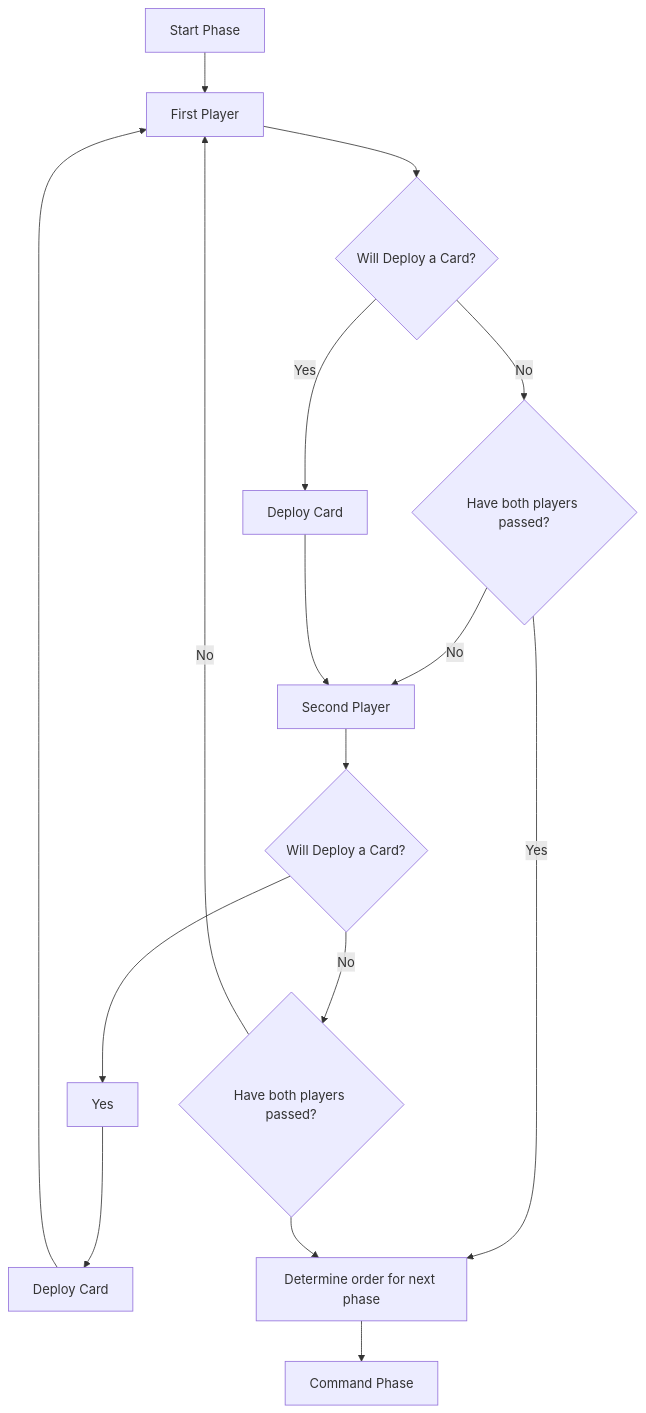
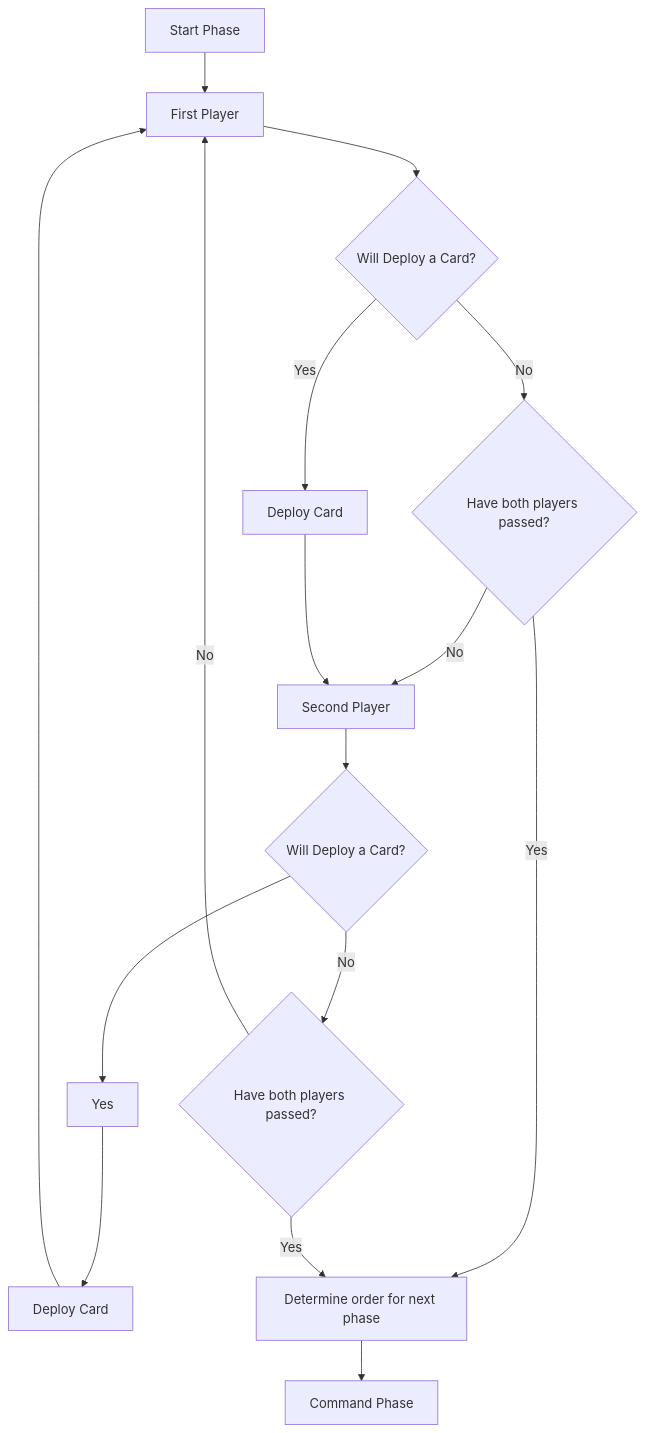
The second of 2 diagrams in Rules.md (Billaferd/QuantumNexus), drawn with Mermaid before and after one commit.

Commit message:
Fix typo in charts.

````diff
--- a/Rules.md
+++ b/Rules.md
@@ -235,17 +235,17 @@
 ```mermaid
 graph TD;
   Start[Start Phase] --> FirstPlayer[First Player];
   FirstPlayer --> WillDeploy1{Will Deploy a Card?};
   WillDeploy1 -- Yes --> DeployCard1[Deploy Card];
   WillDeploy1 -- No --> BothPass1{Have both players passed?};
   BothPass1 -- No --> SecondPlayer[Second Player];
   DeployCard1 --> SecondPlayer;
   SecondPlayer --> WillDeploy2{Will Deploy a Card?};
   WillDeploy2 --> Yes --> DeployCard2[Deploy Card];
   WillDeploy2 -- No --> BothPass2{Have both players passed?};
   DeployCard2 --> FirstPlayer;
   BothPass2 -- No --> FirstPlayer;
   BothPass1 -- Yes --> DetermineOrder[Determine order for next phase];
-  BothPass2 --> DetermineOrder
+  BothPass2 -- Yes --> DetermineOrder
   DetermineOrder --> CommandPhase[Command Phase];
 ```
````
